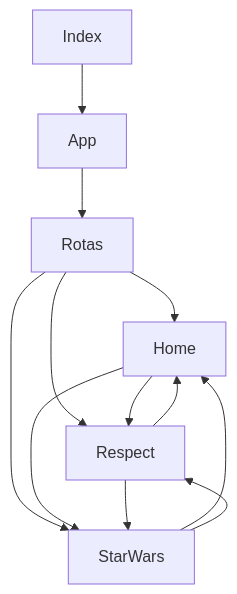
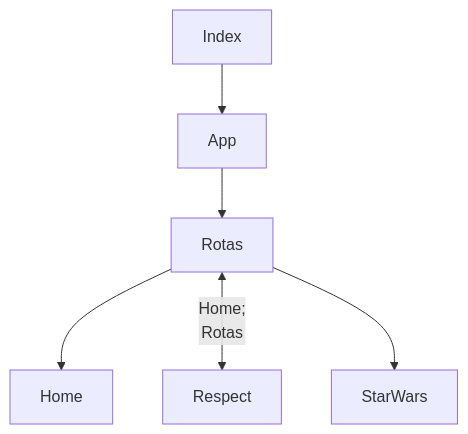
The diagram in README.md (MQ-J/ReactMobile), drawn with Mermaid before and after one commit.

Commit message:
att flow chart in README

````diff
--- a/README.md
+++ b/README.md
@@ -15,14 +15,9 @@
 ```mermaid
 graph TD;
     Index-->App;
     App-->Rotas;
     Rotas-->Home;
+    Rotas<--Home;
     Rotas-->Respect;
     Rotas-->StarWars;
-    Home-->Respect;
-    Home-->StarWars;
-    Respect-->Home;
-    Respect-->StarWars;
-    StarWars-->Home;
-    StarWars-->Respect;
 ```
````
